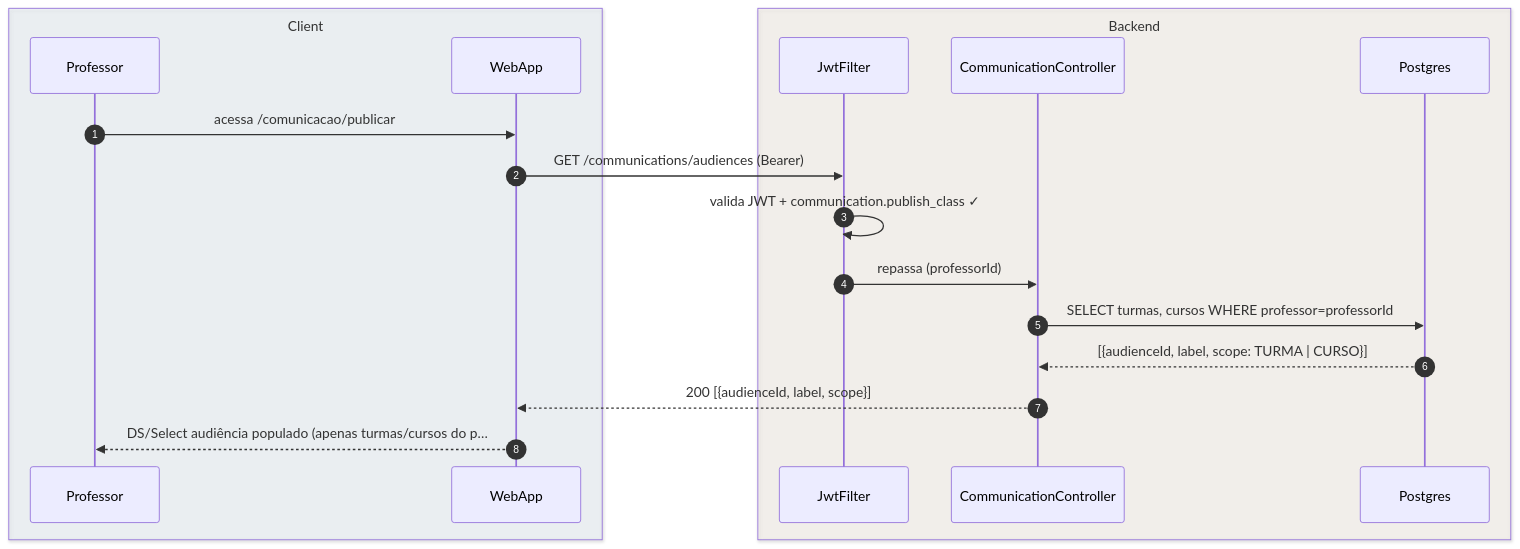
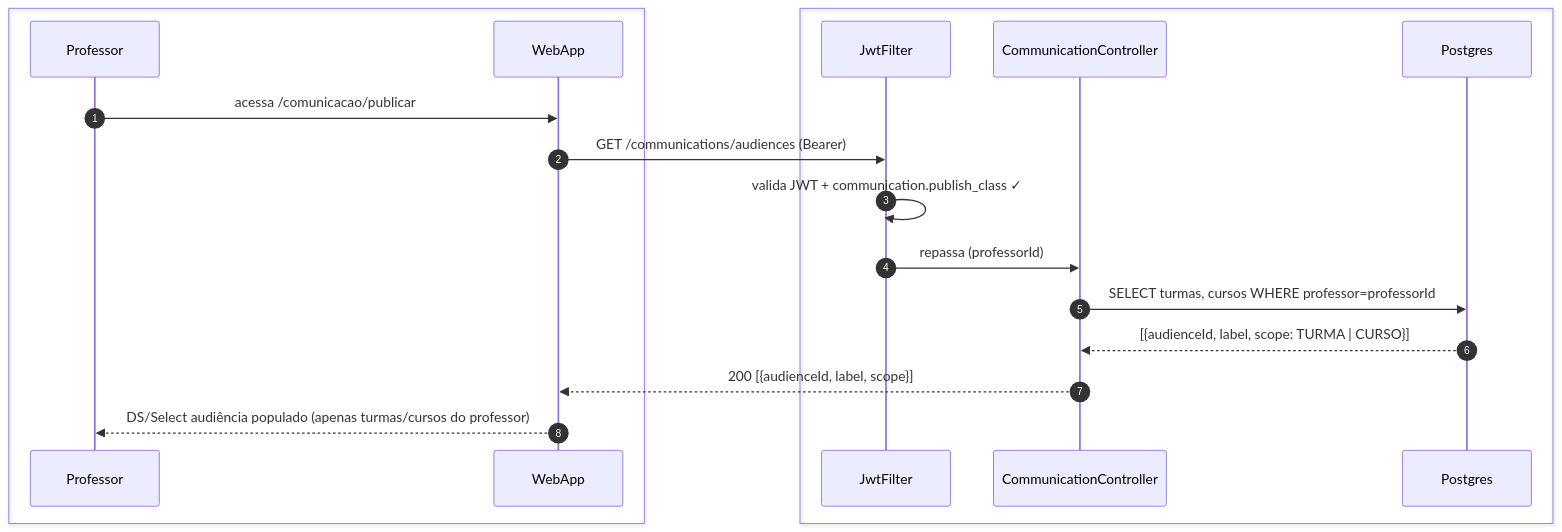
One commit to umishell/secretariaOnline2 changed the first of 4 diagrams in foundationDocs/sequenceDiagrams/F3 — Professor/US-F3-007-PUBLICAR-COMUNICADO.md. Above: the diagram before and after it, drawn with Mermaid. The commit also changed other lines of this file and 70 other files, not shown here.

First line of the commit message:
Enhance database documentation and introduce new schema files

````diff
--- a/foundationDocs/sequenceDiagrams/F3 — Professor/US-F3-007-PUBLICAR-COMUNICADO.md
+++ b/foundationDocs/sequenceDiagrams/F3 — Professor/US-F3-007-PUBLICAR-COMUNICADO.md
@@ -54,22 +54,22 @@
 ```mermaid
 sequenceDiagram
     autonumber
-    box rgba(230,245,255,0.3) Client
+    box #e8f4fc Cliente
         participant Professor
         participant WebApp
     end
-    box rgba(255,245,230,0.3) Backend
+    box #fff8ee Servidor
         participant JwtFilter
         participant CommunicationController
         participant Postgres
     end
 
     Professor->>WebApp: acessa /comunicacao/publicar
     WebApp->>JwtFilter: GET /communications/audiences (Bearer)
     JwtFilter->>JwtFilter: valida JWT + communication.publish_class ✓
     JwtFilter->>CommunicationController: repassa (professorId)
     CommunicationController->>Postgres: SELECT turmas, cursos WHERE professor=professorId
     Postgres-->>CommunicationController: [{audienceId, label, scope: TURMA | CURSO}]
     CommunicationController-->>WebApp: 200 [{audienceId, label, scope}]
-    WebApp-->>Professor: DS/Select audiência populado (apenas turmas/cursos do p…
+    WebApp-->>Professor: DS/Select audiência populado (apenas turmas/cursos do professor)
 ```
````
